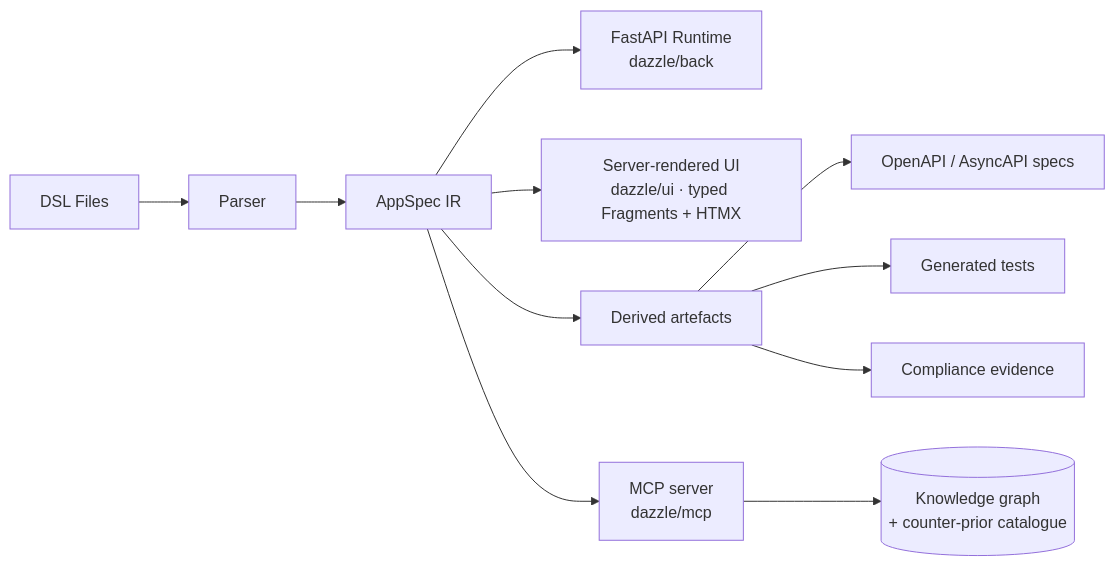
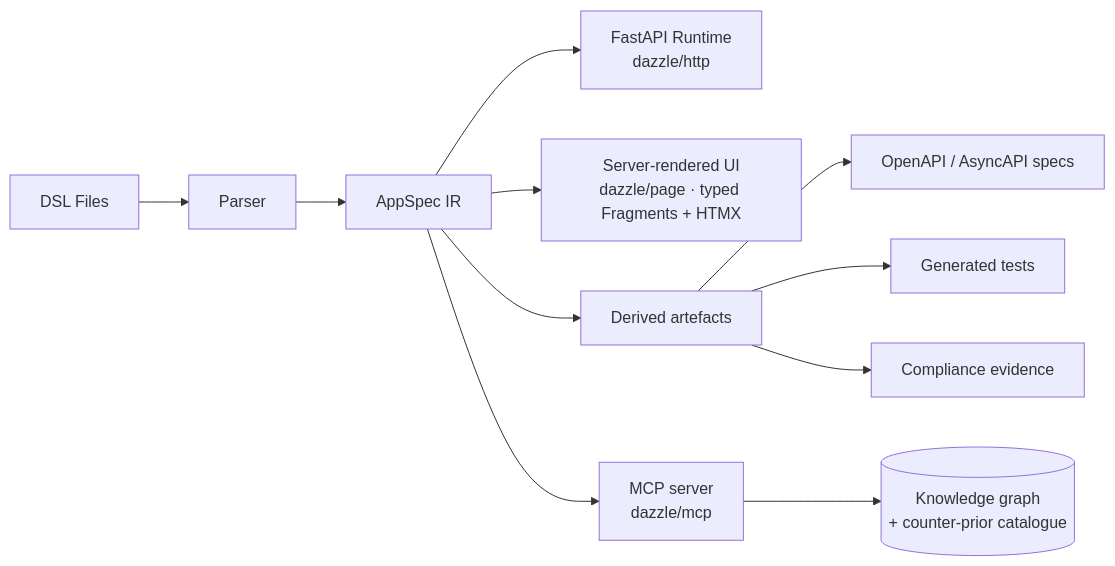
One commit to manwithacat/dazzle changed the diagram in docs/index.md. Above: the diagram before and after it, drawn with Mermaid. The commit also changed 1800 other files, not shown here.

First line of the commit message:
refactor(layers)!: rename back→http, ui→page — http→page→render→core (ADR-0041, phase 4/4)

````diff
--- a/docs/index.md
+++ b/docs/index.md
@@ -72,13 +72,13 @@
 ```mermaid
 graph LR
     DSL[DSL Files] --> Parser
     Parser --> IR[AppSpec IR]
-    IR --> Back[FastAPI Runtime<br/>dazzle/back]
-    IR --> UI[Server-rendered UI<br/>dazzle/ui · typed Fragments + HTMX]
+    IR --> Back[FastAPI Runtime<br/>dazzle/http]
+    IR --> UI[Server-rendered UI<br/>dazzle/page · typed Fragments + HTMX]
     IR --> Derived[Derived artefacts]
     Derived --> OAS[OpenAPI / AsyncAPI specs]
     Derived --> Tests[Generated tests]
     Derived --> Audit[Compliance evidence]
     IR --> MCP[MCP server<br/>dazzle/mcp]
     MCP --> KG[(Knowledge graph<br/>+ counter-prior catalogue)]
 ```
````
